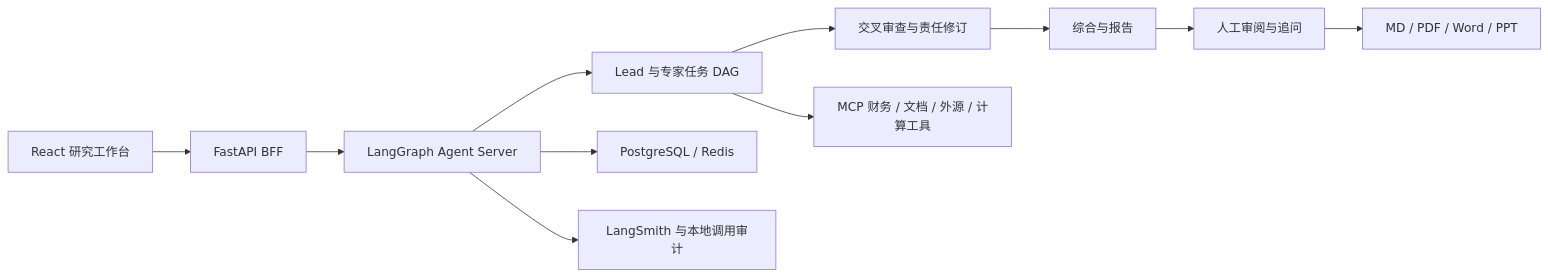
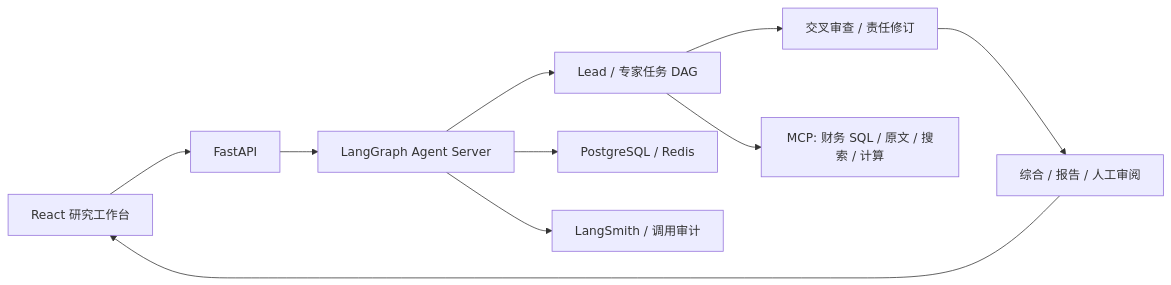
Before and after one commit to William-Huang274/FIN_Insight_Agent: the diagram in README.md, drawn with Mermaid. The commit also changed other lines of this file and 23 other files, not shown here.

````diff
--- a/README.md
+++ b/README.md
@@ -27,13 +72,12 @@
 ```mermaid
 flowchart LR
-    UI[React 研究工作台] --> BFF[FastAPI BFF]
+    UI[React 研究工作台] --> BFF[FastAPI]
     BFF --> Runtime[LangGraph Agent Server]
-    Runtime --> Lead[Lead 与专家任务 DAG]
-    Lead --> Review[交叉审查与责任修订]
-    Review --> Writer[综合与报告]
-    Writer --> Human[人工审阅与追问]
-    Human --> Export[MD / PDF / Word / PPT]
-    Lead --> MCP[MCP 财务 / 文档 / 外源 / 计算工具]
-    Runtime --> Store[PostgreSQL / Redis]
-    Runtime --> Trace[LangSmith 与本地调用审计]
+    Runtime --> Lead[Lead / 专家任务 DAG]
+    Lead --> Review[交叉审查 / 责任修订]
+    Review --> Report[综合 / 报告 / 人工审阅]
+    Report --> UI
+    Lead --> MCP[MCP: 财务 SQL / 原文 / 搜索 / 计算]
+    Runtime --> State[PostgreSQL / Redis]
+    Runtime --> Trace[LangSmith / 调用审计]
 ```
````
